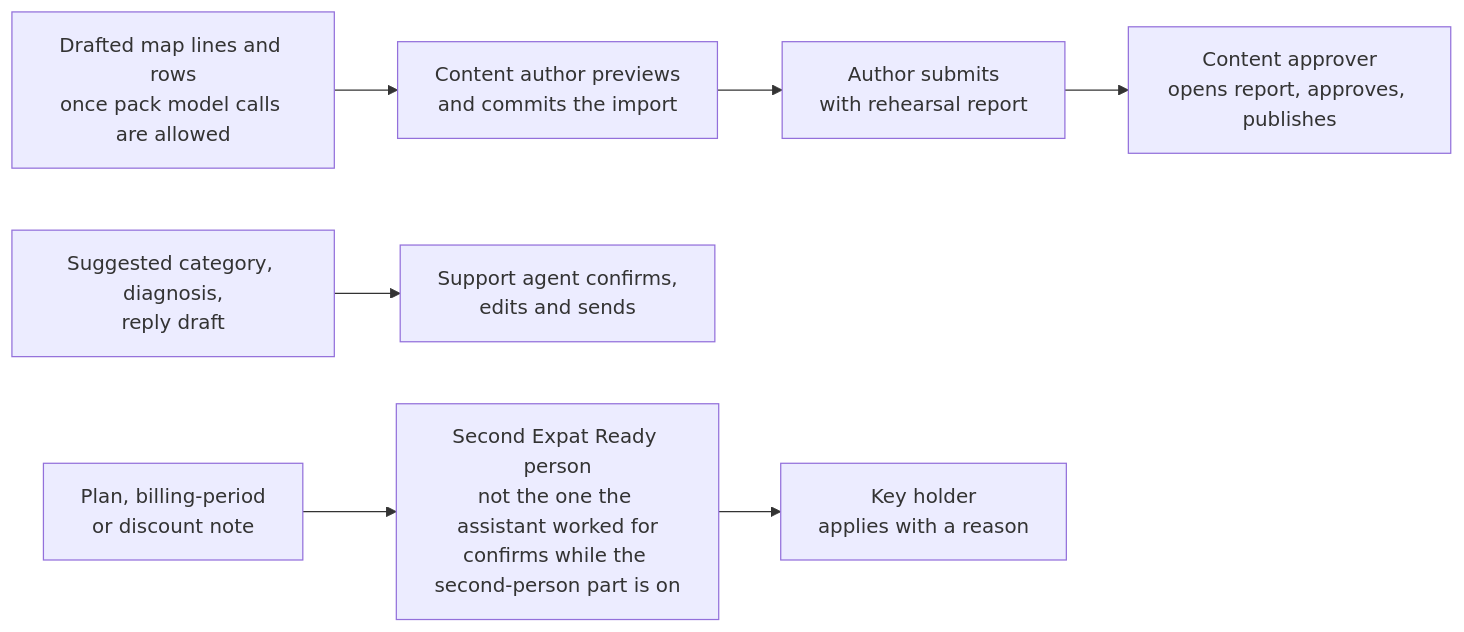
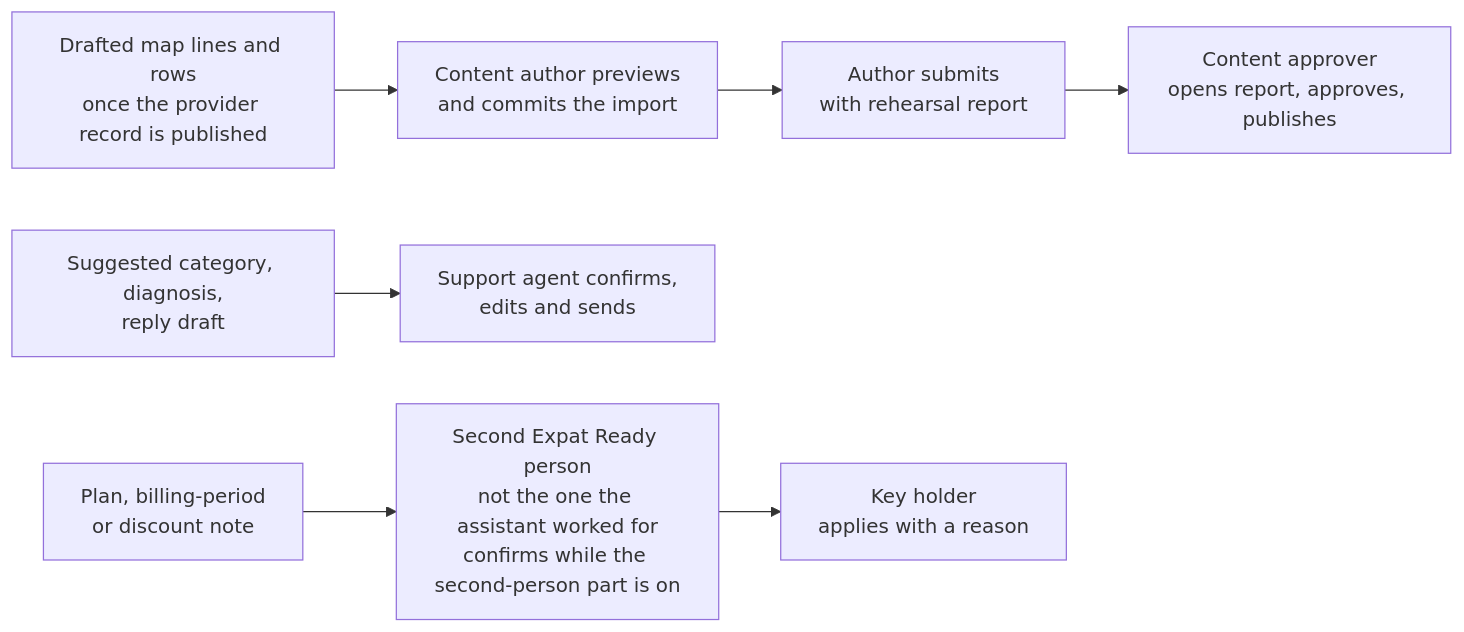
The third of 4 diagrams in ai-workers/requirements/AW-02-platform-ai-assistants_v0.1.md (ranjan-expatready/xpatready), drawn with Mermaid before and after one commit. The commit also changed other lines of this file and 14 other files, not shown here.

````diff
--- a/ai-workers/requirements/AW-02-platform-ai-assistants_v0.1.md
+++ b/ai-workers/requirements/AW-02-platform-ai-assistants_v0.1.md
@@ -140,6 +144,6 @@
 ```mermaid
 flowchart LR
-    MAP[Drafted map lines and rows<br/>once pack model calls are allowed] --> IMP[Content author previews<br/>and commits the import] --> SUB[Author submits<br/>with rehearsal report] --> APP[Content approver<br/>opens report, approves, publishes]
+    MAP[Drafted map lines and rows<br/>once the provider record is published] --> IMP[Content author previews<br/>and commits the import] --> SUB[Author submits<br/>with rehearsal report] --> APP[Content approver<br/>opens report, approves, publishes]
     TRI[Suggested category, diagnosis,<br/>reply draft] --> AG[Support agent confirms,<br/>edits and sends]
     NOTE[Plan, billing-period<br/>or discount note] --> SEC[Second Expat Ready person<br/>not the one the assistant worked for<br/>confirms while the second-person part is on] --> AM[Key holder<br/>applies with a reason]
 ```
````
